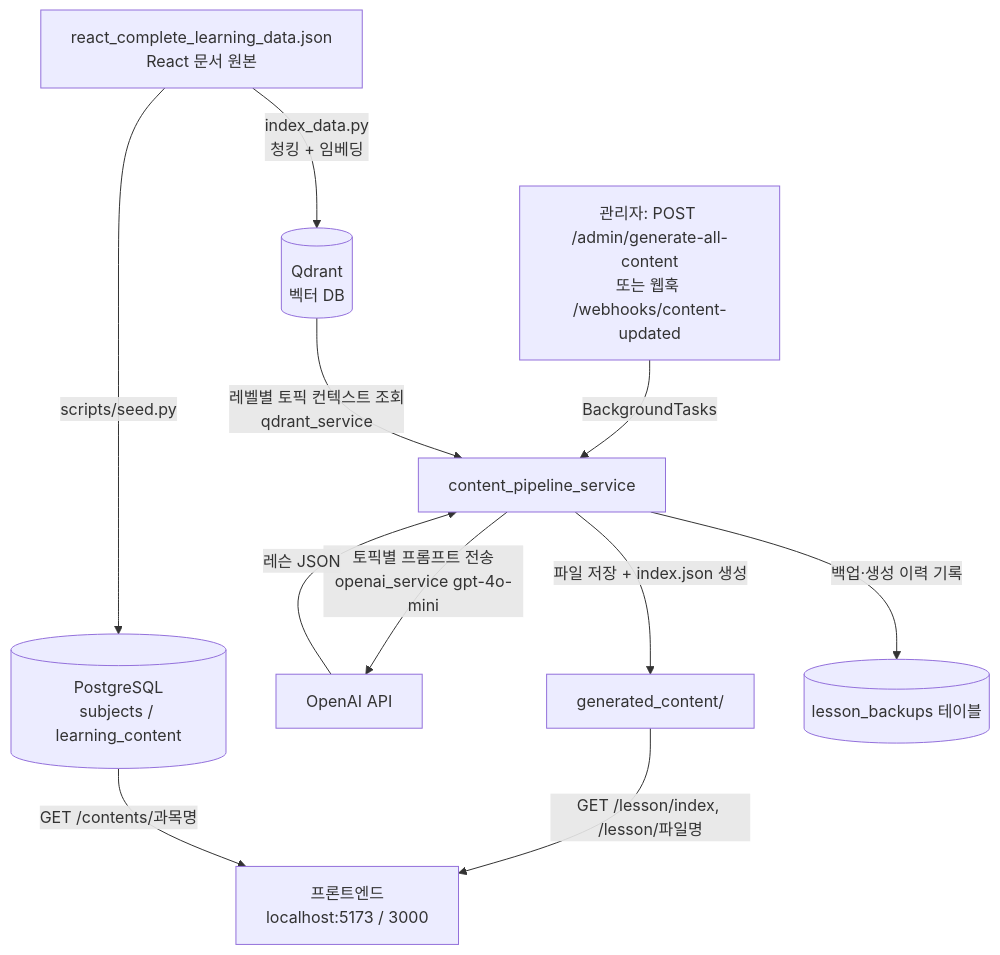
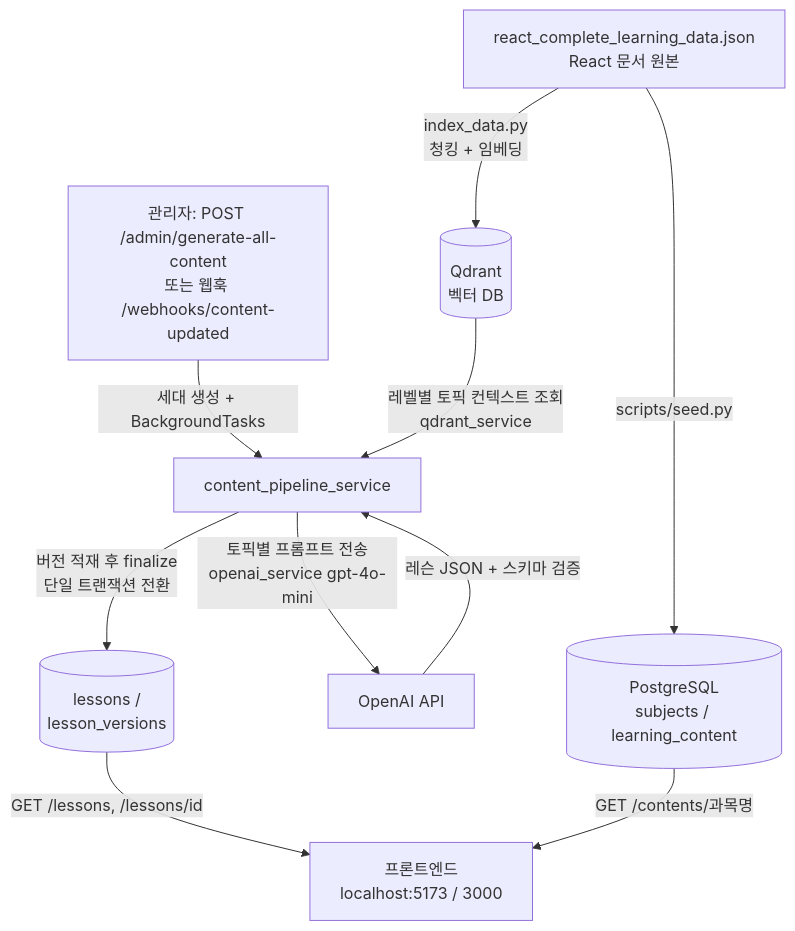
The diagram in ARCHITECTURE.md (samkkkkkkk/learnsphere-api), drawn with Mermaid before and after one commit. The commit also changed other lines of this file and 6 other files, not shown here.

````diff
--- a/ARCHITECTURE.md
+++ b/ARCHITECTURE.md
@@ -69,15 +66,14 @@
 ```mermaid
 flowchart TD
     A[react_complete_learning_data.json<br/>React 문서 원본] -->|index_data.py<br/>청킹 + 임베딩| B[(Qdrant<br/>벡터 DB)]
     A -->|scripts/seed.py| C[(PostgreSQL<br/>subjects / learning_content)]
 
-    D[관리자: POST /admin/generate-all-content<br/>또는 웹훅 /webhooks/content-updated] -->|BackgroundTasks| E[content_pipeline_service]
+    D[관리자: POST /admin/generate-all-content<br/>또는 웹훅 /webhooks/content-updated] -->|세대 생성 + BackgroundTasks| E[content_pipeline_service]
     B -->|레벨별 토픽 컨텍스트 조회<br/>qdrant_service| E
     E -->|토픽별 프롬프트 전송<br/>openai_service gpt-4o-mini| F[OpenAI API]
-    F -->|레슨 JSON| E
-    E -->|파일 저장 + index.json 생성| G[generated_content/]
-    E -->|백업·생성 이력 기록| H[(lesson_backups 테이블)]
+    F -->|레슨 JSON + 스키마 검증| E
+    E -->|버전 적재 후 finalize<br/>단일 트랜잭션 전환| G[(lessons /<br/>lesson_versions)]
 
-    G -->|GET /lesson/index, /lesson/파일명| I[프론트엔드<br/>localhost:5173 / 3000]
+    G -->|GET /lessons, /lessons/id| I[프론트엔드<br/>localhost:5173 / 3000]
     C -->|GET /contents/과목명| I
 ```
````
